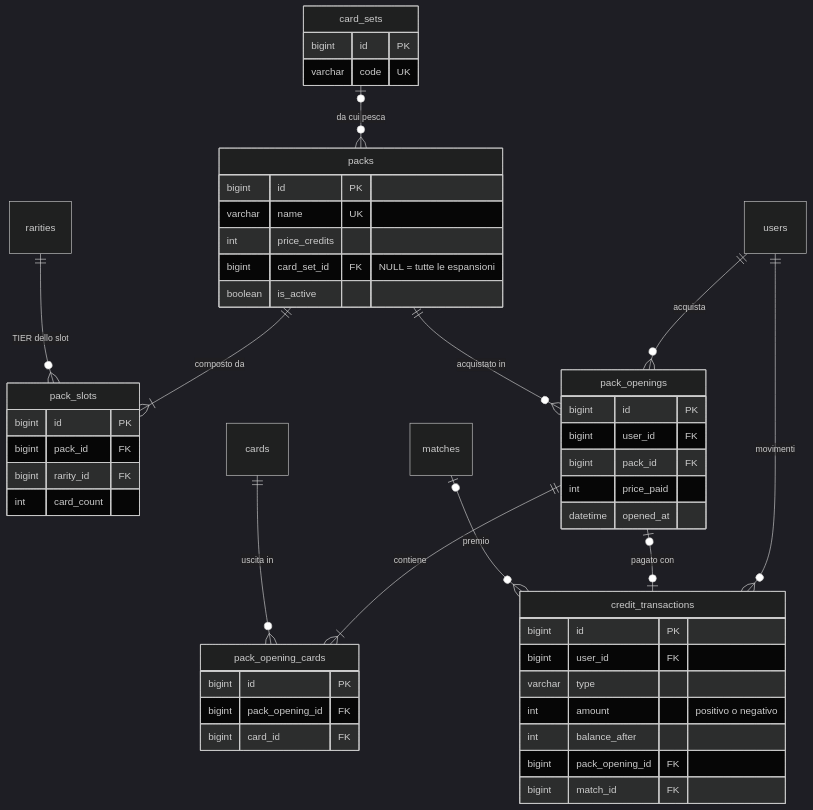
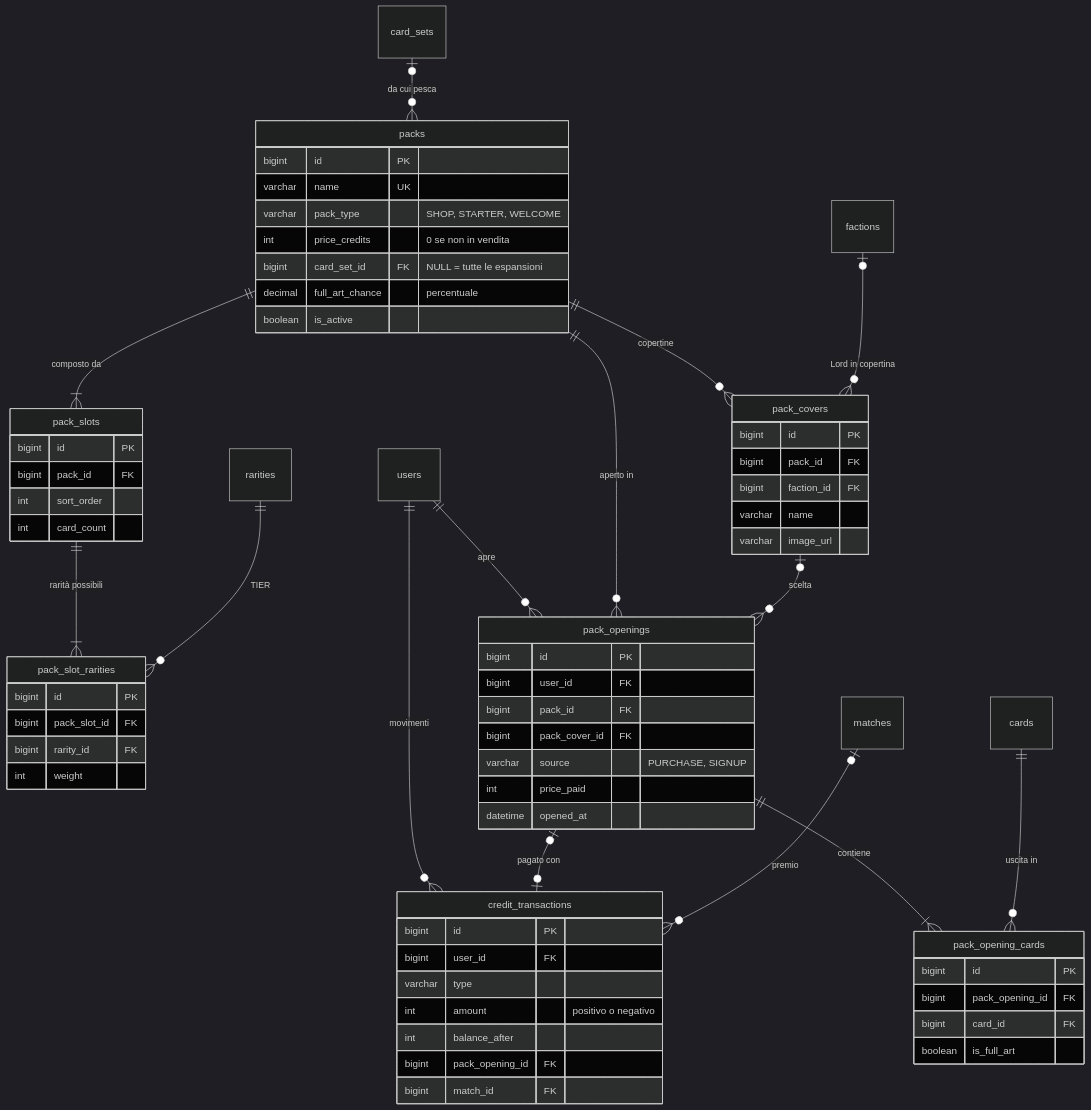
Before and after one commit to cristianpappalardoITS/LaboratorioIntegrato-Divine: the second of 4 diagrams in docs/database/schema.md, drawn with Mermaid (dark theme). The commit also changed other lines of this file and 1 other file, not shown here.

Commit message:
docs(database): aggiorna lo schema con regolamento, carte iniziali, Lord e full art

````diff
--- a/docs/database/schema.md
+++ b/docs/database/schema.md
@@ -155,52 +166,70 @@
 ```mermaid
 erDiagram
     packs ||--|{ pack_slots : "composto da"
+    pack_slots ||--|{ pack_slot_rarities : "rarità possibili"
+    rarities ||--o{ pack_slot_rarities : "TIER"
+    packs ||--o{ pack_covers : "copertine"
+    factions |o--o{ pack_covers : "Lord in copertina"
     card_sets |o--o{ packs : "da cui pesca"
-    rarities ||--o{ pack_slots : "TIER dello slot"
-    users ||--o{ pack_openings : "acquista"
-    packs ||--o{ pack_openings : "acquistato in"
+    users ||--o{ pack_openings : "apre"
+    packs ||--o{ pack_openings : "aperto in"
+    pack_covers |o--o{ pack_openings : "scelta"
     pack_openings ||--|{ pack_opening_cards : "contiene"
     cards ||--o{ pack_opening_cards : "uscita in"
     users ||--o{ credit_transactions : "movimenti"
     pack_openings |o--o| credit_transactions : "pagato con"
     matches |o--o{ credit_transactions : "premio"
 
-    card_sets {
-        bigint id PK
-        varchar code UK
-    }
     packs {
         bigint id PK
         varchar name UK
-        int price_credits
+        varchar pack_type "SHOP, STARTER, WELCOME"
+        int price_credits "0 se non in vendita"
         bigint card_set_id FK "NULL = tutte le espansioni"
+        decimal full_art_chance "percentuale"
         boolean is_active
+    }
+    pack_covers {
+        bigint id PK
+        bigint pack_id FK
+        bigint faction_id FK
+        varchar name
+        varchar image_url
     }
     pack_slots {
         bigint id PK
         bigint pack_id FK
+        int sort_order
+        int card_count
+    }
+    pack_slot_rarities {
+        bigint id PK
+        bigint pack_slot_id FK
         bigint rarity_id FK
-        int card_count
+        int weight
     }
     pack_openings {
         bigint id PK
         bigint user_id FK
         bigint pack_id FK
+        bigint pack_cover_id FK
+        varchar source "PURCHASE, SIGNUP"
         int price_paid
         datetime opened_at
     }
     pack_opening_cards {
         bigint id PK
         bigint pack_opening_id FK
         bigint card_id FK
+        boolean is_full_art
     }
     credit_transactions {
         bigint id PK
         bigint user_id FK
         varchar type
         int amount "positivo o negativo"
         int balance_after
         bigint pack_opening_id FK
         bigint match_id FK
     }
 ```
````
